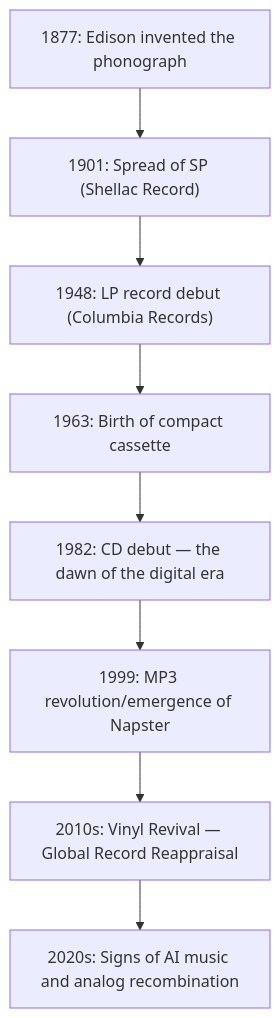
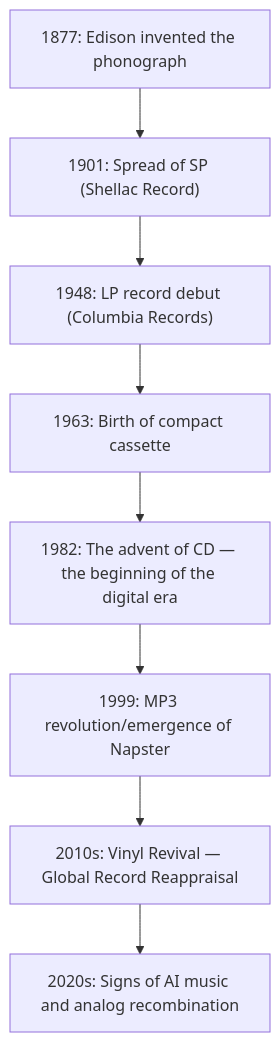
Before and after one commit to monumental-movement/monumental-movement.github.io: the diagram in en/_posts/2025-10-22-column-why-we-buy-vinyl.md, drawn with Mermaid. The commit also changed 120 other files, not shown here.

```diff
--- a/en/_posts/2025-10-22-column-why-we-buy-vinyl.md
+++ b/en/_posts/2025-10-22-column-why-we-buy-vinyl.md
@@ -159,12 +159,12 @@
 <div class="mermaid">
 
 flowchart TD
 A1877["1877: Edison invented the phonograph"] --> A1901["1901: Spread of SP (Shellac Record)"]
 A1901 --> A1948["1948: LP record debut (Columbia Records)"]
 A1948 --> A1963["1963: Birth of compact cassette"]
-A1963 --> A1982["1982: CD debut — the dawn of the digital era"]
+A1963 --> A1982["1982: The advent of CD — the beginning of the digital era"]
 A1982 --> A1999["1999: MP3 revolution/emergence of Napster"]
 A1999 --> A2010["2010s: Vinyl Revival — Global Record Reappraisal"]
 A2010 --> A2020["2020s: Signs of AI music and analog recombination"]
 
 </div>
```
